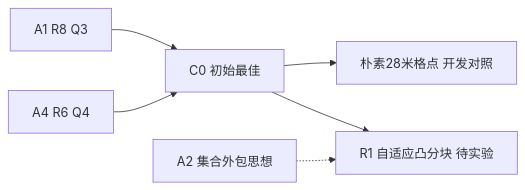
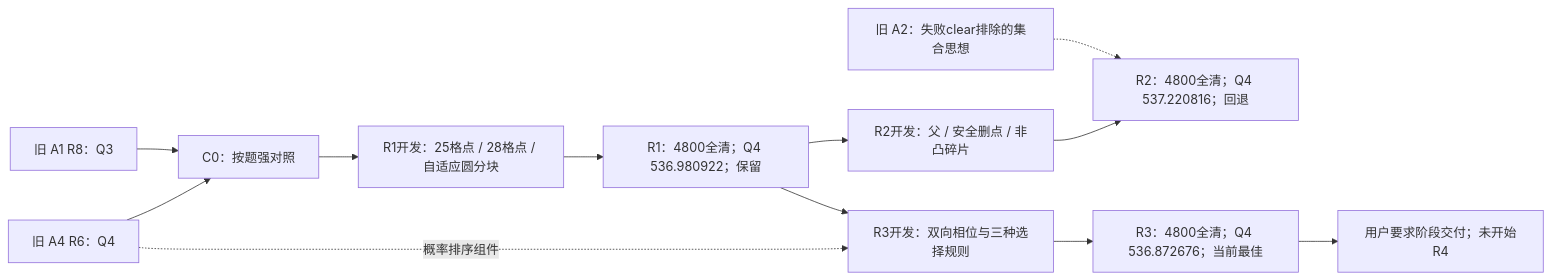
Before and after one commit to xiangguaguadadi-dot/cumcm2026-b: the diagram in experiments/B2/optimization_path.md, drawn with Mermaid. The commit also changed other lines of this file and 10 other files, not shown here.

````diff
--- a/experiments/B2/optimization_path.md
+++ b/experiments/B2/optimization_path.md
@@ -7,8 +5,14 @@
 ```mermaid
 flowchart LR
- A1["A1 R8 Q3"] --> C0["C0 初始最佳"]
- A4["A4 R6 Q4"] --> C0
- A2["A2 集合外包思想"] -.-> R1["R1 自适应凸分块 待实验"]
- C0 --> N["朴素28米格点 开发对照"]
- C0 --> R1
+  A1["旧 A1 R8：Q3"] --> C0["C0：按题强对照"]
+  A4["旧 A4 R6：Q4"] --> C0
+  C0 --> D1["R1开发：25格点 / 28格点 / 自适应圆分块"]
+  D1 --> R1["R1：4800全清；Q4 536.980922；保留"]
+  A2["旧 A2：失败clear排除的集合思想"] -.-> R2
+  R1 --> D2["R2开发：父 / 安全删点 / 非凸碎片"]
+  D2 --> R2["R2：4800全清；Q4 537.220816；回退"]
+  R1 --> D3["R3开发：双向相位与三种选择规则"]
+  A4 -.->|概率排序组件| D3
+  D3 --> R3["R3：4800全清；Q4 536.872676；当前最佳"]
+  R3 --> Pause["用户要求阶段交付；未开始R4"]
 ```
````
